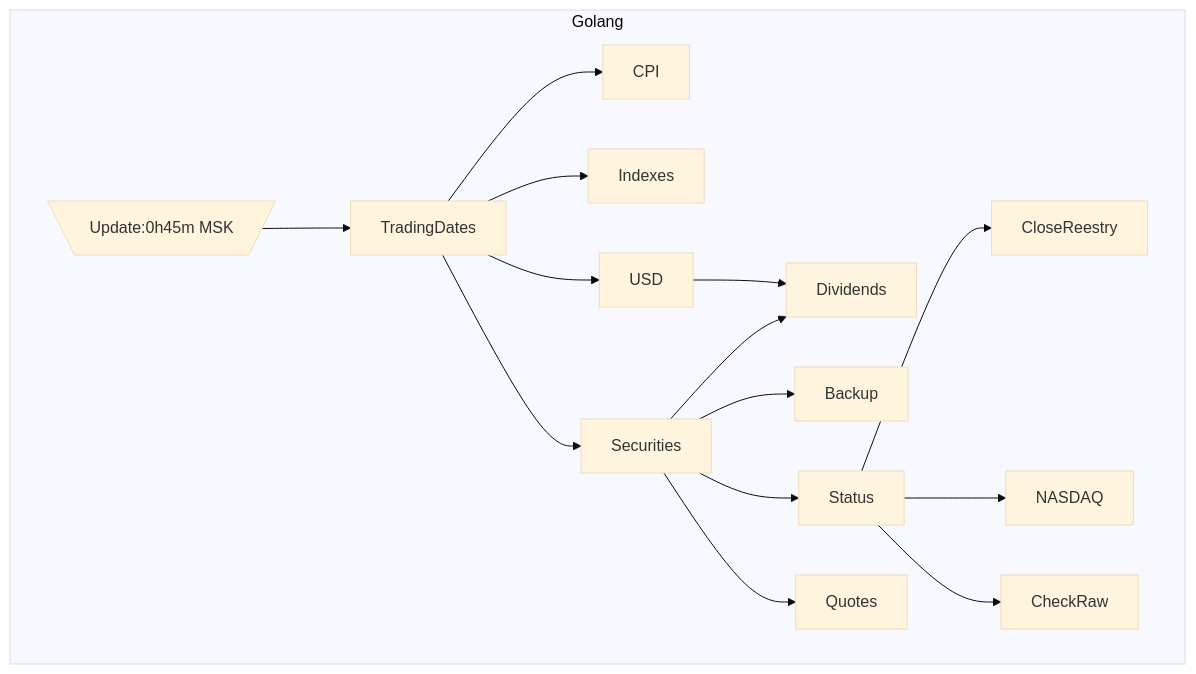
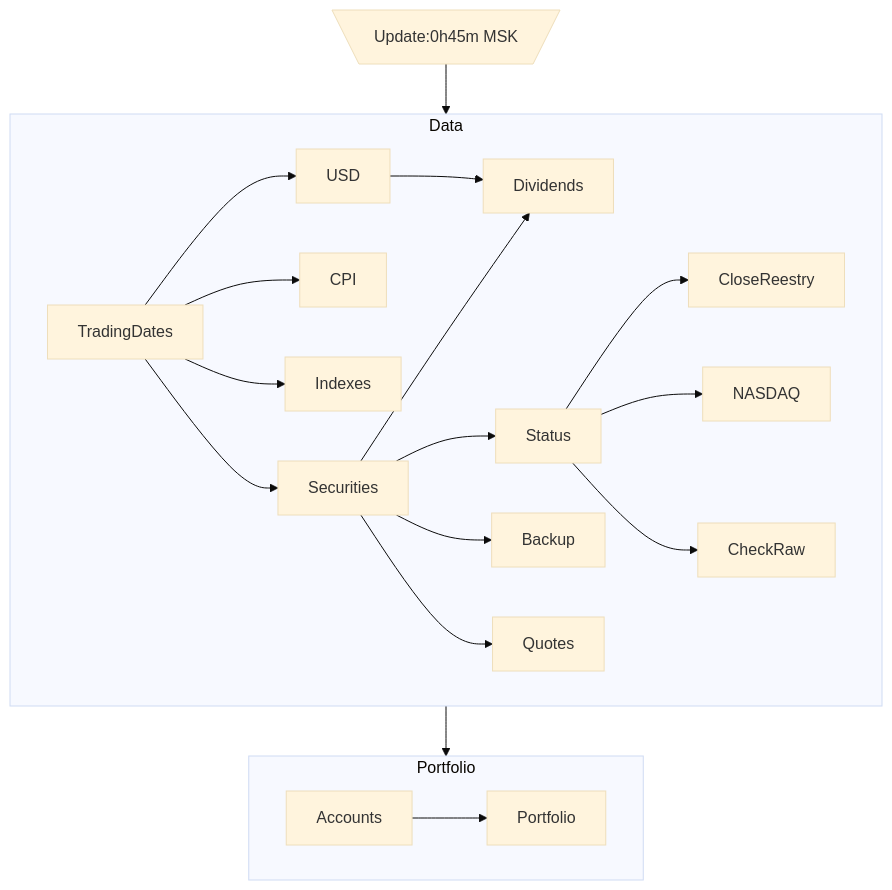
One commit to WLM1ke/poptimizer changed the second of 3 diagrams in opt/README.md. Above: the diagram before and after it, drawn with Mermaid (base theme). The commit also changed other lines of this file, not shown here.

````diff
--- a/opt/README.md
+++ b/opt/README.md
@@ -83,22 +80,28 @@
 ```mermaid
 flowchart TD
-    subgraph Golang
-        Update[\Update:0h45m MSK/]-->TradingDates
-        
+    Update[\Update:0h45m MSK/]-->Data
+    
+    subgraph Data
+        TradingDates-->USD
         TradingDates-->CPI
         TradingDates-->Indexes
-        TradingDates-->USD
         TradingDates-->Securities
         
         USD-->Dividends
         Securities-->Dividends
         
+        Securities-->Status
         Securities-->Backup
-        Securities-->Status
         Securities-->Quotes
         
         Status-->CloseReestry
         Status-->NASDAQ
         Status-->CheckRaw
     end
+    
+    subgraph Portfolio
+        Accounts-->Port[Portfolio]
+    end
+    
+    Data-->Portfolio
 ```
````
